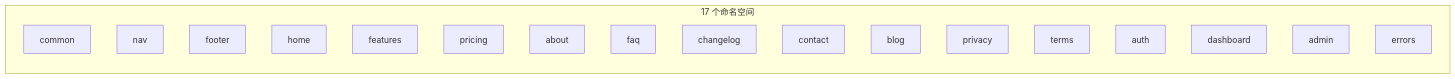
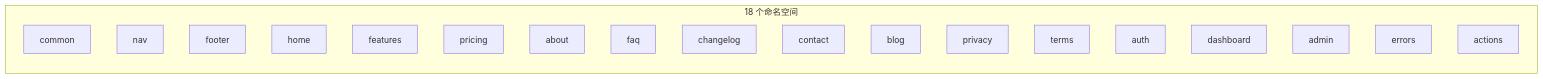
One commit to Sun1090/IndieStack changed the second of 4 diagrams in docs/architecture/10-i18n.md. Above: the diagram before and after it, drawn with Mermaid. The commit also changed other lines of this file and 11 other files, not shown here.

````diff
--- a/docs/architecture/10-i18n.md
+++ b/docs/architecture/10-i18n.md
@@ -45,22 +45,23 @@
 ```mermaid
 graph LR
-    subgraph Namespaces["17 个命名空间"]
+    subgraph Namespaces["18 个命名空间"]
         Common["common"]
         Nav["nav"]
         Footer["footer"]
         Home["home"]
         Features["features"]
         Pricing["pricing"]
         About["about"]
         FAQ["faq"]
         Changelog["changelog"]
         Contact["contact"]
         Blog["blog"]
         Privacy["privacy"]
         Terms["terms"]
         Auth["auth"]
         Dashboard["dashboard"]
         Admin["admin"]
         Errors["errors"]
+        Actions["actions"]
     end
 ```
````
